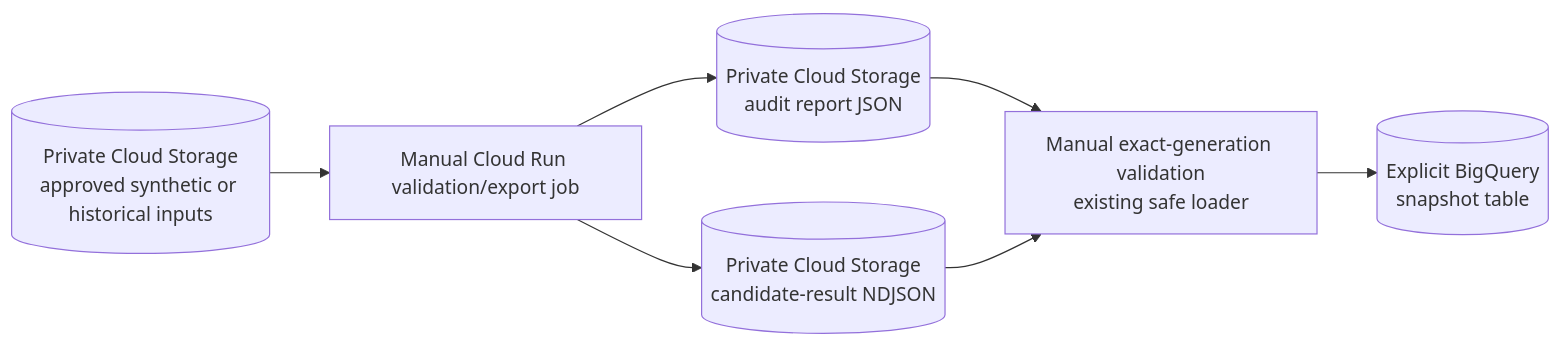
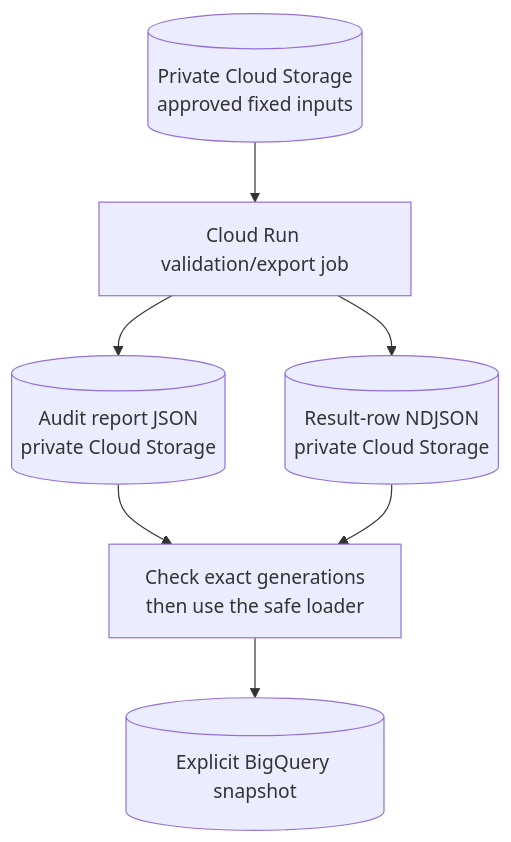
The second of 2 diagrams in docs/architecture.md (mifuha/runwx), drawn with Mermaid before and after one commit. The commit also changed other lines of this file and 7 other files, not shown here.

Commit message:
Bring runwx README and diagrams up to date (#51)

````diff
--- a/docs/architecture.md
+++ b/docs/architecture.md
@@ -117,9 +115,9 @@
 ```mermaid
-flowchart LR
-    inputs[("Private Cloud Storage<br/>approved synthetic or historical inputs")] --> job["Manual Cloud Run validation/export job"]
-    job --> reports[("Private Cloud Storage<br/>audit report JSON")]
-    job --> exports[("Private Cloud Storage<br/>candidate-result NDJSON")]
-    reports --> loader["Manual exact-generation validation<br/>existing safe loader"]
+flowchart TD
+    inputs[("Private Cloud Storage<br/>approved fixed inputs")] --> job["Cloud Run validation/export job"]
+    job --> reports[("Audit report JSON<br/>private Cloud Storage")]
+    job --> exports[("Result-row NDJSON<br/>private Cloud Storage")]
+    reports --> loader["Check exact generations<br/>then use the safe loader"]
     exports --> loader
-    loader --> snapshot[("Explicit BigQuery<br/>snapshot table")]
+    loader --> snapshot[("Explicit BigQuery snapshot")]
 ```
````
